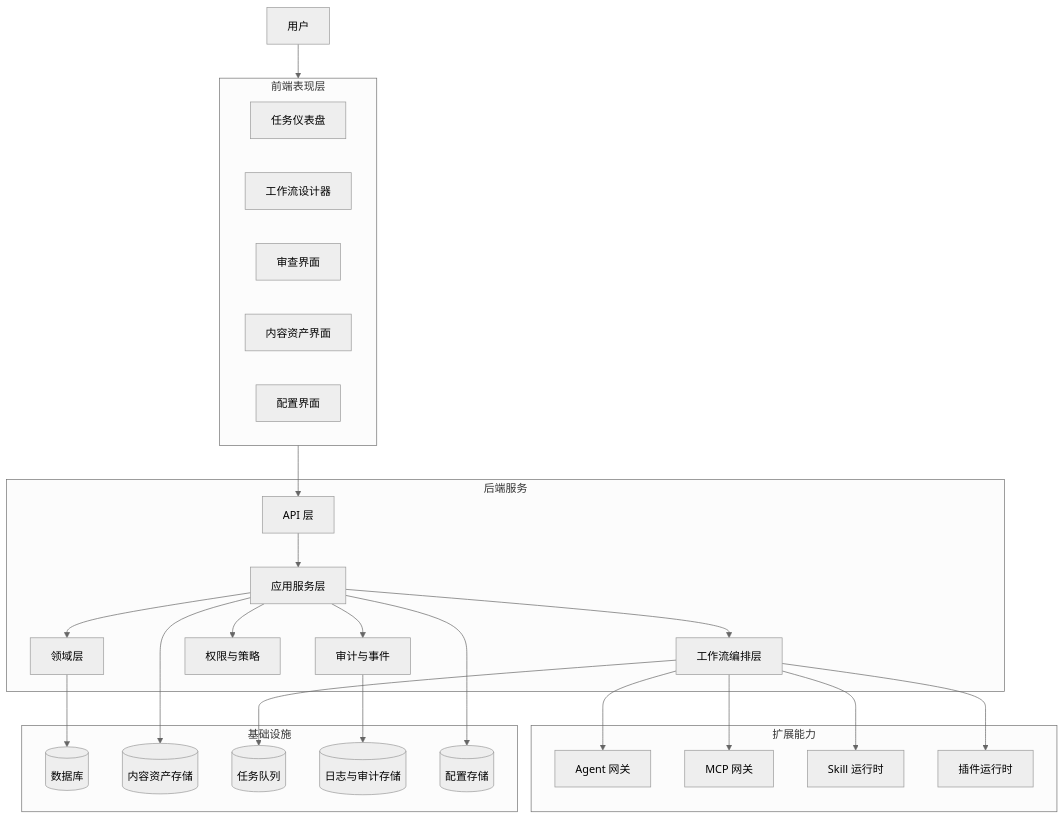
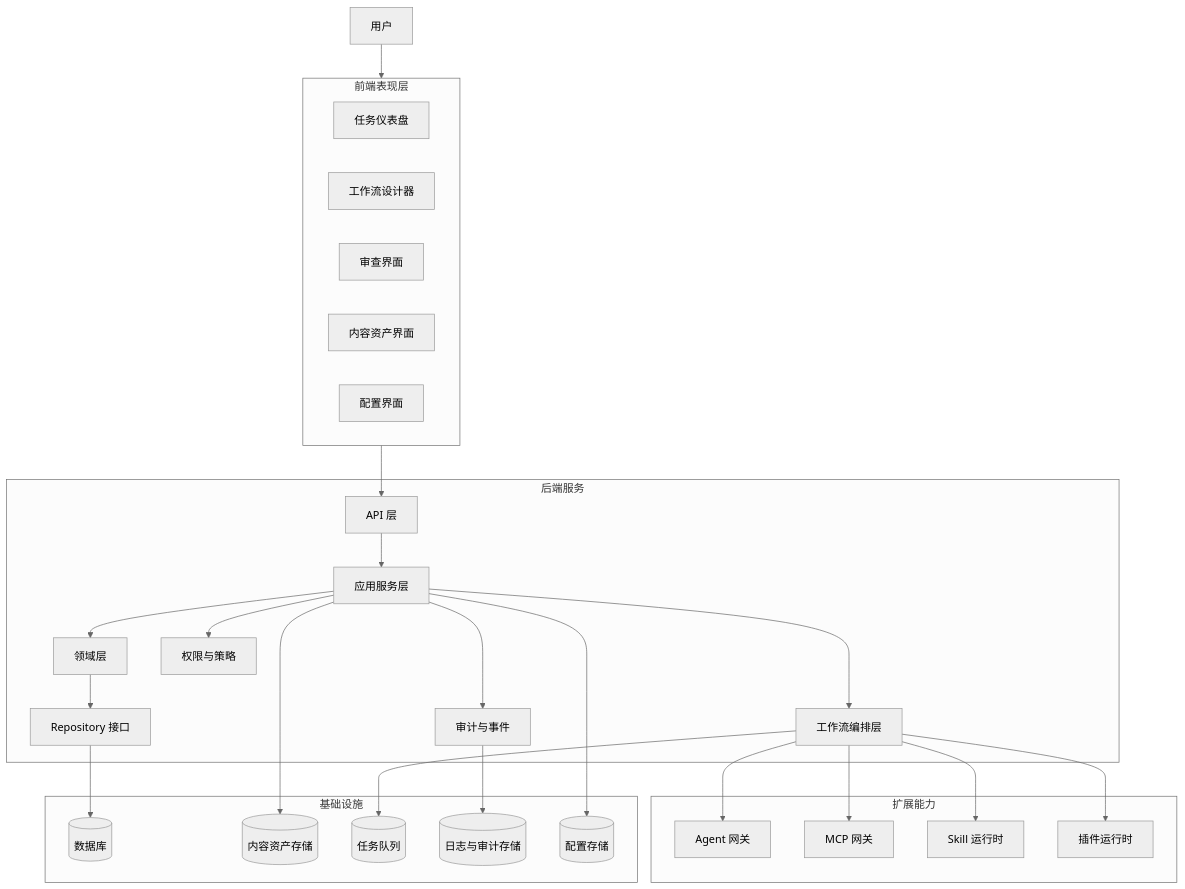
Before and after one commit to StanlySGY/Content-Factory: the first of 15 diagrams in docs/02-architecture/system-architecture.md, drawn with Mermaid (neutral theme). The commit also changed other lines of this file and 17 other files, not shown here.

````diff
--- a/docs/02-architecture/system-architecture.md
+++ b/docs/02-architecture/system-architecture.md
@@ -21,53 +21,55 @@
 ```mermaid
 flowchart TB
     User[用户]
 
     subgraph Frontend[前端表现层]
         Dashboard[任务仪表盘]
         WorkflowUI[工作流设计器]
         ReviewUI[审查界面]
         AssetUI[内容资产界面]
         ConfigUI[配置界面]
     end
 
     subgraph Backend[后端服务]
         API[API 层]
         App[应用服务层]
         Domain[领域层]
         Orchestrator[工作流编排层]
         Policy[权限与策略]
         Audit[审计与事件]
+        Repository[Repository 接口]
     end
 
     subgraph Extensions[扩展能力]
         AgentGateway[Agent 网关]
         MCPGateway[MCP 网关]
         SkillRuntime[Skill 运行时]
         PluginRuntime[插件运行时]
     end
 
     subgraph Infra[基础设施]
         DB[(数据库)]
         ObjectStore[(内容资产存储)]
         Queue[(任务队列)]
         LogStore[(日志与审计存储)]
         ConfigStore[(配置存储)]
     end
 
     User --> Frontend
     Frontend --> API
     API --> App
     App --> Domain
     App --> Orchestrator
     Orchestrator --> AgentGateway
     Orchestrator --> MCPGateway
     Orchestrator --> SkillRuntime
     Orchestrator --> PluginRuntime
     App --> Policy
     App --> Audit
-    Domain --> DB
+    Domain --> Repository
+    Repository --> DB
     App --> ObjectStore
     Orchestrator --> Queue
     Audit --> LogStore
     App --> ConfigStore
 ```
````
